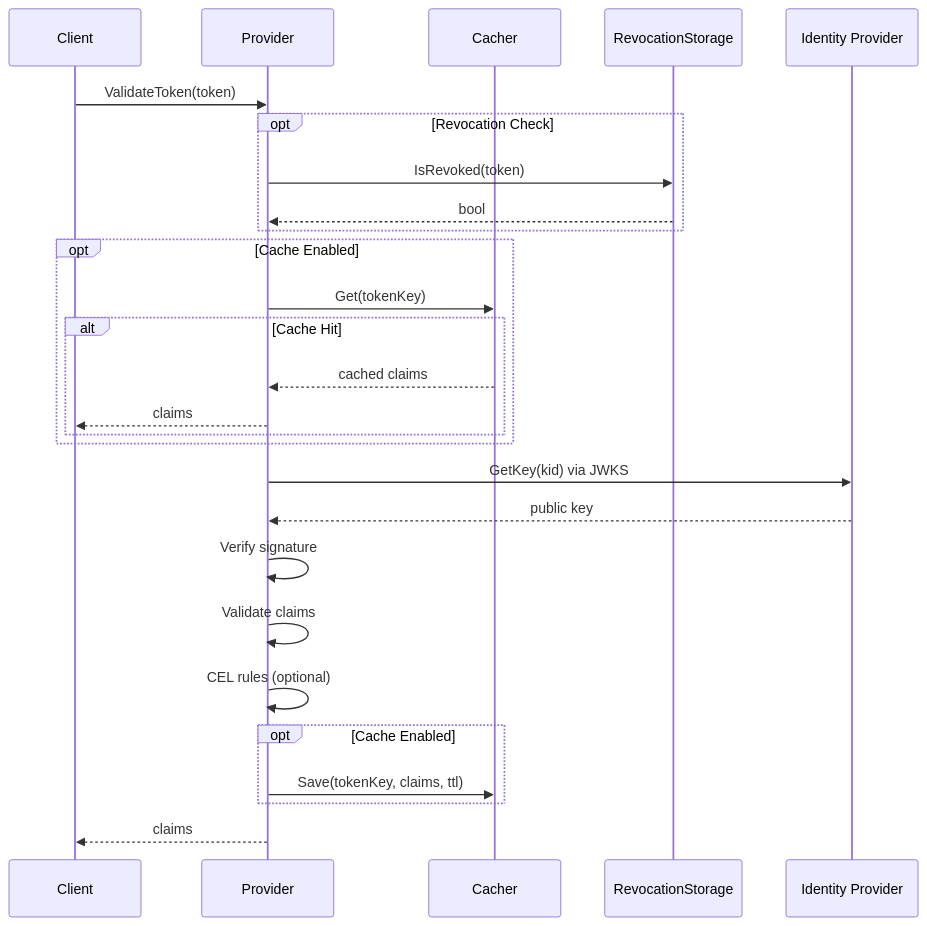
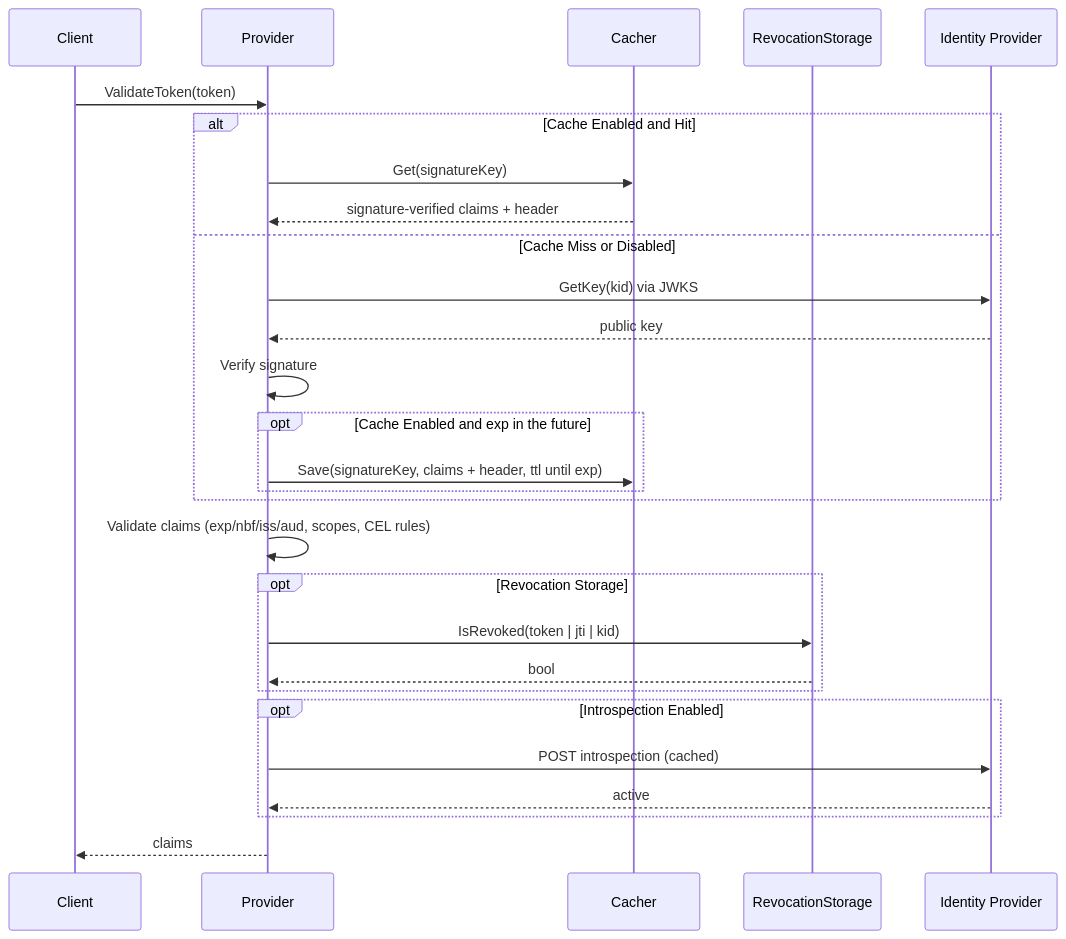
One commit to altessa-s/go-atlas changed the second of 3 diagrams in docs/auth/oidc.md. Above: the diagram before and after it, drawn with Mermaid. The commit also changed other lines of this file and 22 other files, not shown here.

````diff
--- a/docs/auth/oidc.md
+++ b/docs/auth/oidc.md
@@ -145,35 +145,36 @@
 ```mermaid
 sequenceDiagram
     participant Client
     participant Provider
     participant Cacher
     participant RevocationStorage
     participant IDP as Identity Provider
 
     Client->>Provider: ValidateToken(token)
 
-    opt Revocation Check
-        Provider->>RevocationStorage: IsRevoked(token)
+    alt Cache Enabled and Hit
+        Provider->>Cacher: Get(signatureKey)
+        Cacher-->>Provider: signature-verified claims + header
+    else Cache Miss or Disabled
+        Provider->>IDP: GetKey(kid) via JWKS
+        IDP-->>Provider: public key
+        Provider->>Provider: Verify signature
+        opt Cache Enabled and exp in the future
+            Provider->>Cacher: Save(signatureKey, claims + header, ttl until exp)
+        end
+    end
+
+    Provider->>Provider: Validate claims (exp/nbf/iss/aud, scopes, CEL rules)
+
+    opt Revocation Storage
+        Provider->>RevocationStorage: IsRevoked(token | jti | kid)
         RevocationStorage-->>Provider: bool
     end
 
-    opt Cache Enabled
-        Provider->>Cacher: Get(tokenKey)
-        alt Cache Hit
-            Cacher-->>Provider: cached claims
-            Provider-->>Client: claims
-        end
-    end
-
-    Provider->>IDP: GetKey(kid) via JWKS
-    IDP-->>Provider: public key
-    Provider->>Provider: Verify signature
-    Provider->>Provider: Validate claims
-    Provider->>Provider: CEL rules (optional)
-
-    opt Cache Enabled
-        Provider->>Cacher: Save(tokenKey, claims, ttl)
+    opt Introspection Enabled
+        Provider->>IDP: POST introspection (cached)
+        IDP-->>Provider: active
     end
 
     Provider-->>Client: claims
 ```
````
